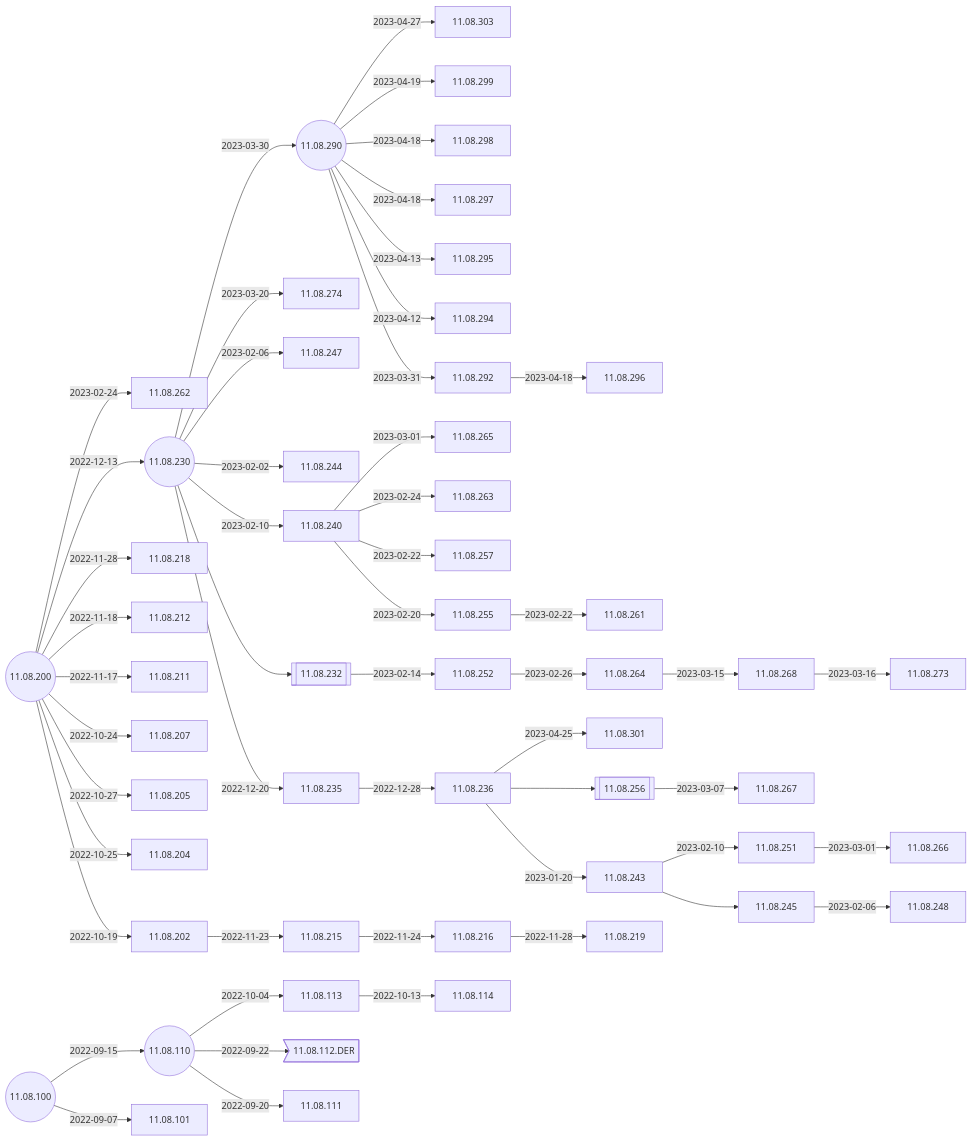
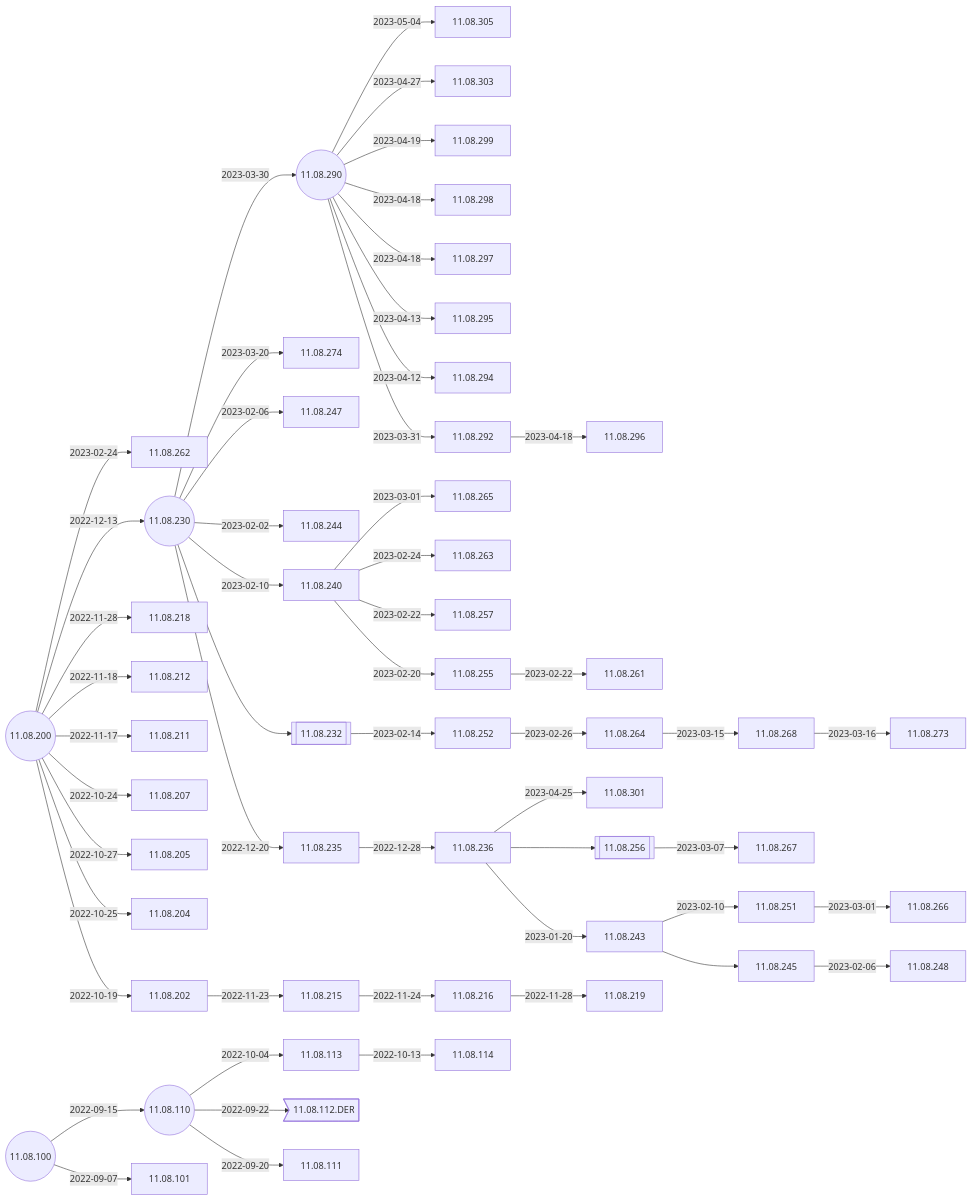
One commit to IGEL-Community/IGEL-Docs-v02 changed the second of 4 diagrams in docs/Docs/ReleaseNotes/01-OS11/README.md. Above: the diagram before and after it, drawn with Mermaid. The commit also changed 2 other files, not shown here.

Commit message:
11.08.305 < 11.08.290 & Citrix BCR note

````diff
--- a/docs/Docs/ReleaseNotes/01-OS11/README.md
+++ b/docs/Docs/ReleaseNotes/01-OS11/README.md
@@ -39,5 +39,6 @@
 ```mermaid
 flowchart LR
+    11.08.290-- 2023-05-04 -->11.08.305
     11.08.290-- 2023-04-27 -->11.08.303
     11.08.236-- 2023-04-25 -->11.08.301
     11.08.290-- 2023-04-19 -->11.08.299
@@ -73,6 +74,7 @@
     11.08.110((11.08.110))-- 2022-09-22 -->11.08.112.DER>11.08.112.DER]
     11.08.100-- 2022-09-15 -->11.08.110-- 2022-09-20 -->11.08.111
     11.08.100((11.08.100))-- 2022-09-07 -->11.08.101
+    click 11.08.305 "https://github.com/IGEL-Community/IGEL-Docs-v02/tree/main/docs/Docs/ReleaseNotes/01-OS11/readme11.08.305.txt" _blank
     click 11.08.303 "https://github.com/IGEL-Community/IGEL-Docs-v02/tree/main/docs/Docs/ReleaseNotes/01-OS11/readme11.08.303.txt" _blank
     click 11.08.301 "https://github.com/IGEL-Community/IGEL-Docs-v02/tree/main/docs/Docs/ReleaseNotes/01-OS11/readme11.08.301.txt" _blank
     click 11.08.299 "https://github.com/IGEL-Community/IGEL-Docs-v02/tree/main/docs/Docs/ReleaseNotes/01-OS11/readme11.08.299.txt" _blank
````
